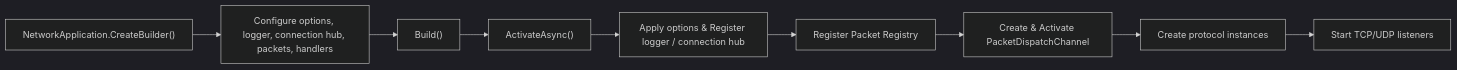
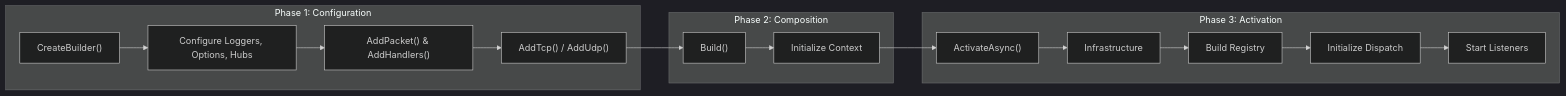
One commit to ppn-systems/Nalix changed the diagram in docs/api/hosting/network-application.md. Above: the diagram before and after it, drawn with Mermaid (dark theme). The commit also changed other lines of this file and 200 other files, not shown here.

````diff
--- a/docs/api/hosting/network-application.md
+++ b/docs/api/hosting/network-application.md
@@ -27,11 +27,21 @@
 ```mermaid
-flowchart LR
-    A["NetworkApplication.CreateBuilder()"] --> B["Configure options, logger, connection hub, packets, handlers"]
-    B --> C["Build()"]
-    C --> D["ActivateAsync()"]
-    D --> E["Apply options & Register logger / connection hub"]
-    E --> F["Register Packet Registry"]
-    F --> G["Create & Activate PacketDispatchChannel"]
-    G --> H["Create protocol instances"]
-    H --> I["Start TCP/UDP listeners"]
+graph LR
+    subgraph Configuration ["Phase 1: Configuration"]
+        Create["CreateBuilder()"] --> Config["Configure Loggers, Options, Hubs"]
+        Config --> Discover["AddPacket() & AddHandlers()"]
+        Discover --> Bind["AddTcp() / AddUdp()"]
+    end
+
+    subgraph Composition ["Phase 2: Composition"]
+        Bind --> Build["Build()"]
+        Build --> Prep["Initialize Context"]
+    end
+
+    subgraph Activation ["Phase 3: Activation"]
+        Prep --> Run["ActivateAsync()"]
+        Run --> Infra["Infrastructure"]
+        Infra --> Registry["Build Registry"]
+        Registry --> Dispatch["Initialize Dispatch"]
+        Dispatch --> Listeners["Start Listeners"]
+    end
 ```
````
